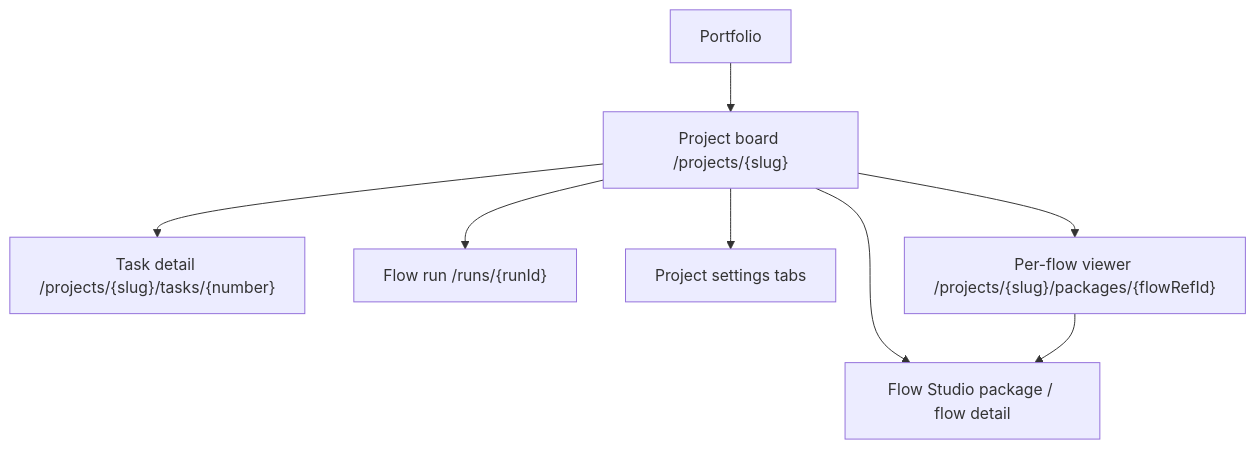
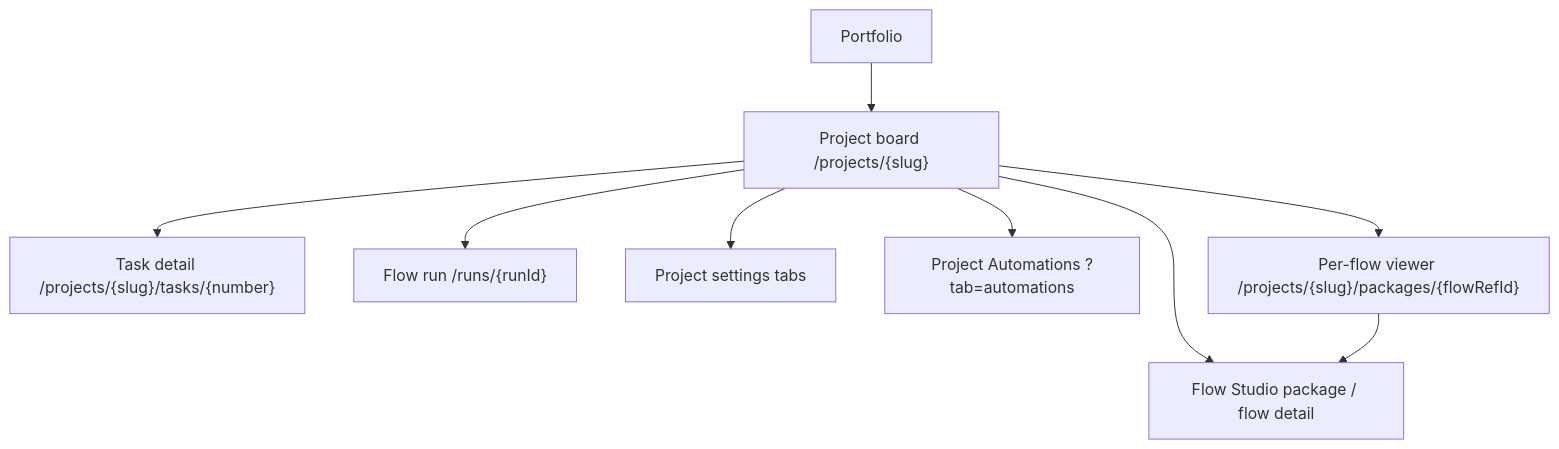
One commit to maister-dev/maister changed the first of 2 diagrams in docs/screens/projects/project-board.md. Above: the diagram before and after it, drawn with Mermaid. The commit also changed other lines of this file and 16 other files, not shown here.

````diff
--- a/docs/screens/projects/project-board.md
+++ b/docs/screens/projects/project-board.md
@@ -47,10 +48,11 @@
 ```mermaid
 flowchart TD
     Portfolio["Portfolio"] --> Board["Project board /projects/{slug}"]
     Board --> Task["Task detail /projects/{slug}/tasks/{number}"]
     Board --> Run["Flow run /runs/{runId}"]
     Board --> Settings["Project settings tabs"]
+    Board --> Automations["Project Automations ?tab=automations"]
     Board --> FlowView["Per-flow viewer /projects/{slug}/packages/{flowRefId}"]
     Board --> Studio["Flow Studio package / flow detail"]
     FlowView --> Studio
 ```
````
